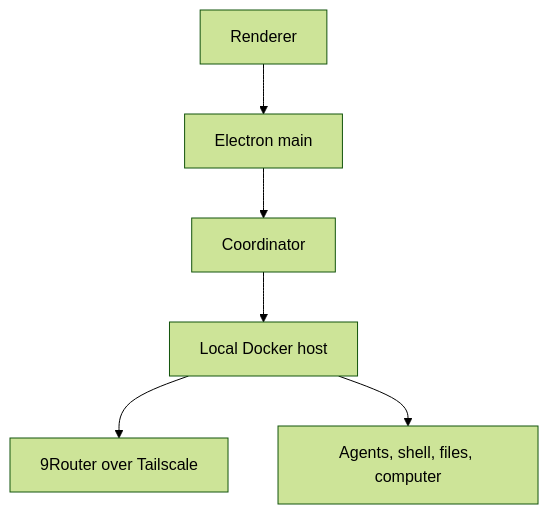
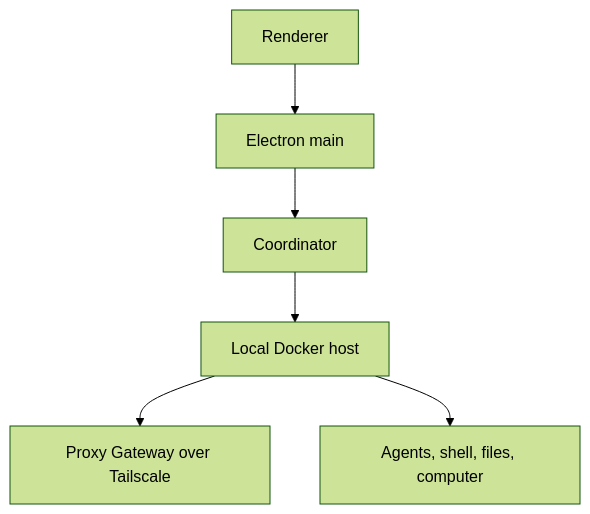
One commit to GeniusTDY/grok-bot-offline changed the diagram in README.md. Above: the diagram before and after it, drawn with Mermaid (forest theme). The commit also changed other lines of this file and 2 other files, not shown here.

````diff
--- a/README.md
+++ b/README.md
@@ -128,8 +128,8 @@
 ```mermaid
 flowchart TD
     UI["Renderer"] --> Main["Electron main"]
     Main --> Coordinator["Coordinator"]
     Coordinator --> Host["Local Docker host"]
-    Host --> Router["9Router over Tailscale"]
+    Host --> Router["Proxy Gateway over Tailscale"]
     Host --> Tools["Agents, shell, files, computer"]
 ```
````
